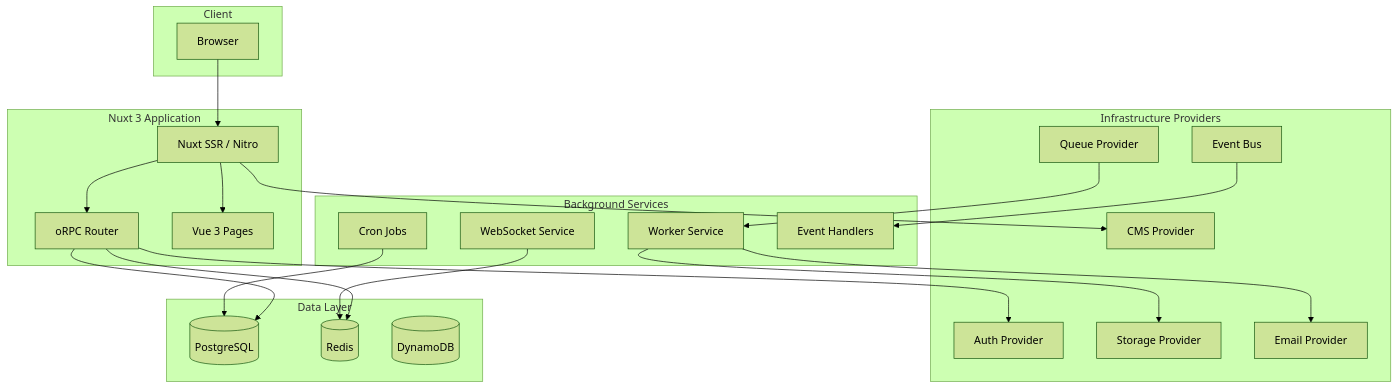
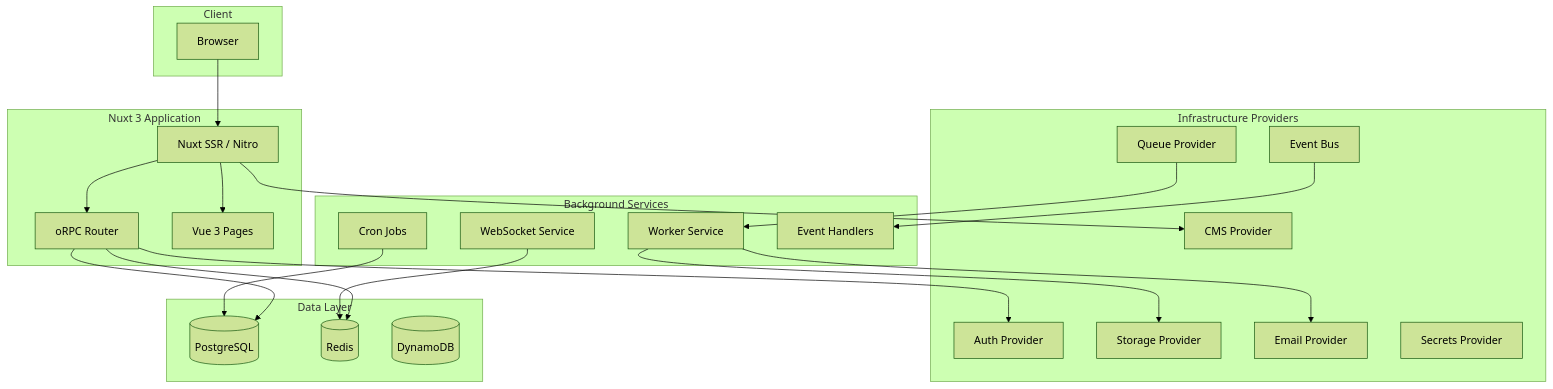
Before and after one commit to jbejenar/ripple-next: the first of 2 diagrams in docs/architecture.md, drawn with Mermaid (forest theme). The commit also changed other lines of this file and 8 other files, not shown here.

First line of the commit message:
feat: add secrets management, platform CLI & OIDC roadmap items (RN-068/069/070)

````diff
--- a/docs/architecture.md
+++ b/docs/architecture.md
@@ -8,48 +8,49 @@
 ```mermaid
 graph TB
     subgraph Client
         Browser[Browser]
     end
 
     subgraph "Nuxt 3 Application"
         SSR[Nuxt SSR / Nitro]
         API[oRPC Router]
         Pages[Vue 3 Pages]
     end
 
     subgraph "Infrastructure Providers"
         Auth[Auth Provider]
         CMS[CMS Provider]
         Queue[Queue Provider]
         Storage[Storage Provider]
         Email[Email Provider]
         Events[Event Bus]
+        Secrets[Secrets Provider]
     end
 
     subgraph "Data Layer"
         PG[(PostgreSQL)]
         Redis[(Redis)]
         DynamoDB[(DynamoDB)]
     end
 
     subgraph "Background Services"
         Worker[Worker Service]
         Cron[Cron Jobs]
         WS[WebSocket Service]
         EventHandlers[Event Handlers]
     end
 
     Browser --> SSR
     SSR --> API
     SSR --> Pages
     API --> Auth
     SSR --> CMS
     API --> PG
     API --> Redis
     Queue --> Worker
     Events --> EventHandlers
     Worker --> Email
     Worker --> Storage
     Cron --> PG
     WS --> Redis
 ```
````
